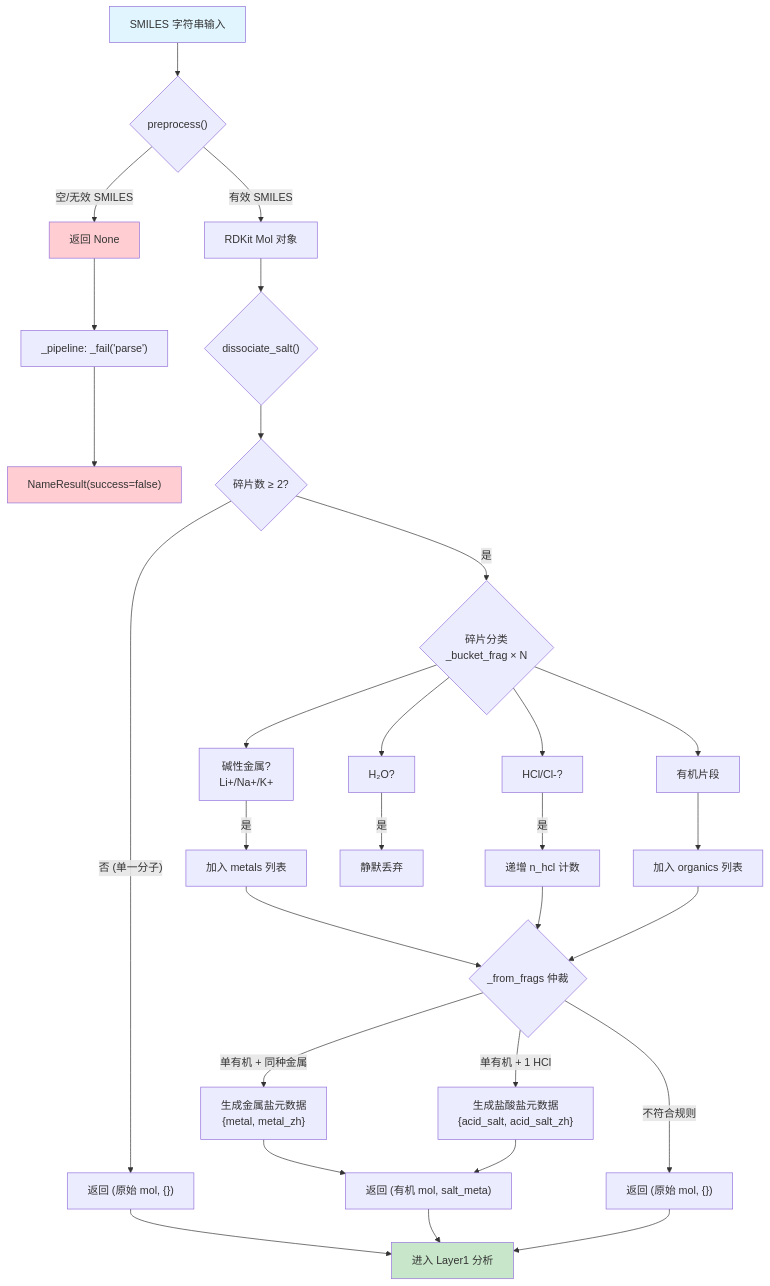
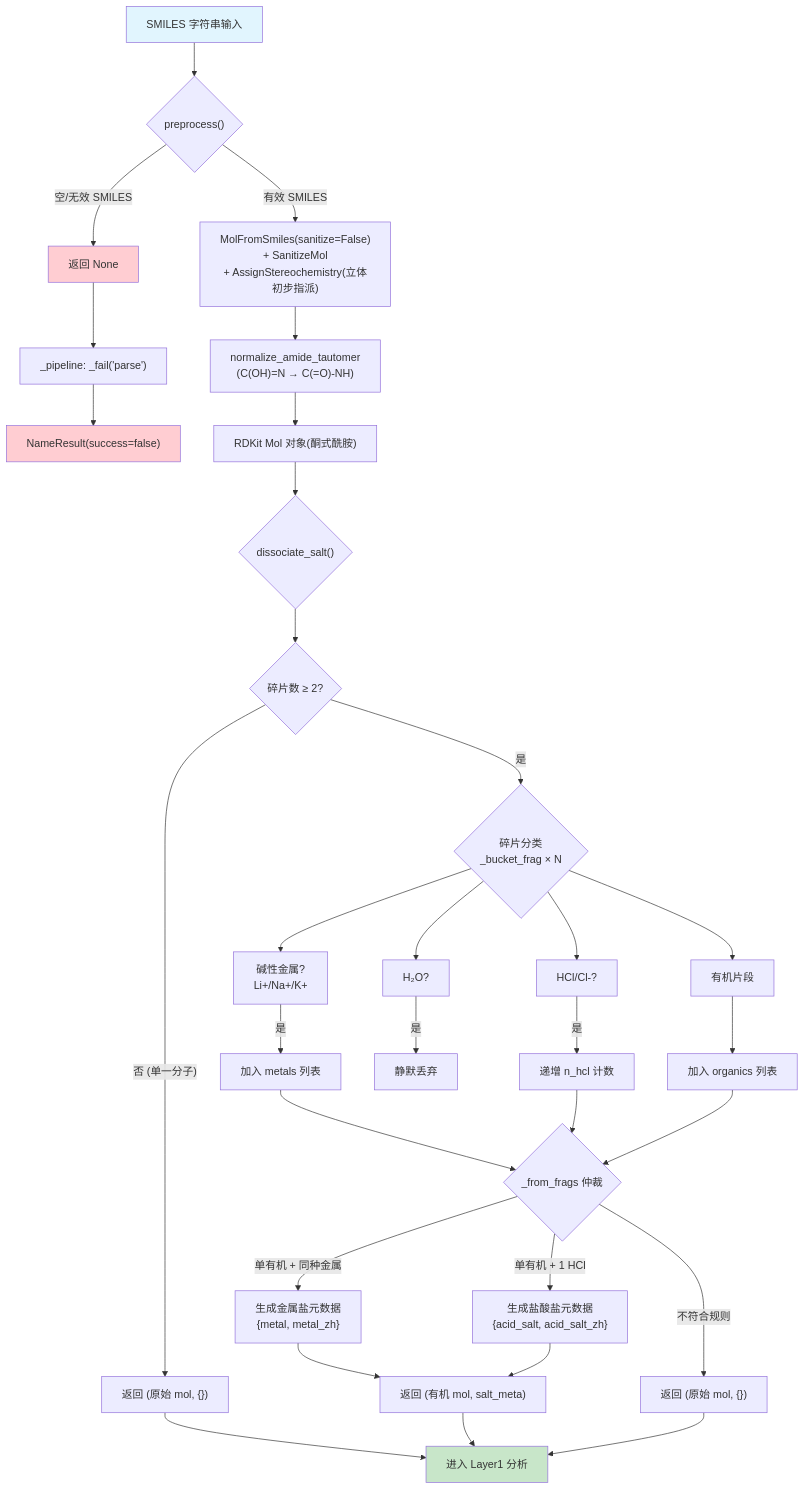
One commit to zouxiaofei1/OpenSMILES changed the first of 2 diagrams in docs/wiki/architecture/layer0-preprocessor.md. Above: the diagram before and after it, drawn with Mermaid. The commit also changed other lines of this file and 14 other files, not shown here.

````diff
--- a/docs/wiki/architecture/layer0-preprocessor.md
+++ b/docs/wiki/architecture/layer0-preprocessor.md
@@ -163,44 +174,46 @@
 ```mermaid
 flowchart TD
     A["SMILES 字符串输入"] --> B{"preprocess()"}
     B -->|"空/无效 SMILES"| C["返回 None"]
     C --> D["_pipeline: _fail('parse')"]
     D --> E["NameResult(success=false)"]
 
-    B -->|"有效 SMILES"| F["RDKit Mol 对象"]
+    B -->|"有效 SMILES"| P2["MolFromSmiles(sanitize=False)<br/>+ SanitizeMol<br/>+ AssignStereochemistry(立体初步指派)"]
+    P2 --> P3["normalize_amide_tautomer<br/>(C(OH)=N → C(=O)-NH)"]
+    P3 --> F["RDKit Mol 对象(酮式酰胺)"]
     F --> G{"dissociate_salt()"}
     G --> H{"碎片数 ≥ 2?"}
 
     H -->|"否 (单一分子)"| I["返回 (原始 mol, {})"]
     I --> J["进入 Layer1 分析"]
 
     H -->|"是"| K{"碎片分类\n_bucket_frag × N"}
 
     K --> L["碱性金属?\nLi+/Na+/K+"]
     K --> M["HCl/Cl-?"]
     K --> N["H₂O?"]
     K --> O["有机片段"]
 
     L -->|"是"| P["加入 metals 列表"]
     M -->|"是"| Q["递增 n_hcl 计数"]
     N -->|"是"| R["静默丢弃"]
     O --> R2["加入 organics 列表"]
 
     P --> S{"_from_frags 仲裁"}
     Q --> S
     R2 --> S
 
     S -->|"单有机 + 同种金属"| T["生成金属盐元数据\n{metal, metal_zh}"]
     S -->|"单有机 + 1 HCl"| U["生成盐酸盐元数据\n{acid_salt, acid_salt_zh}"]
     S -->|"不符合规则"| V["返回 (原始 mol, {})"]
 
     T --> W["返回 (有机 mol, salt_meta)"]
     U --> W
     W --> J
     V --> J
 
     style A fill:#e1f5fe
     style E fill:#ffcdd2
     style J fill:#c8e6c9
     style C fill:#ffcdd2
 ```
````
